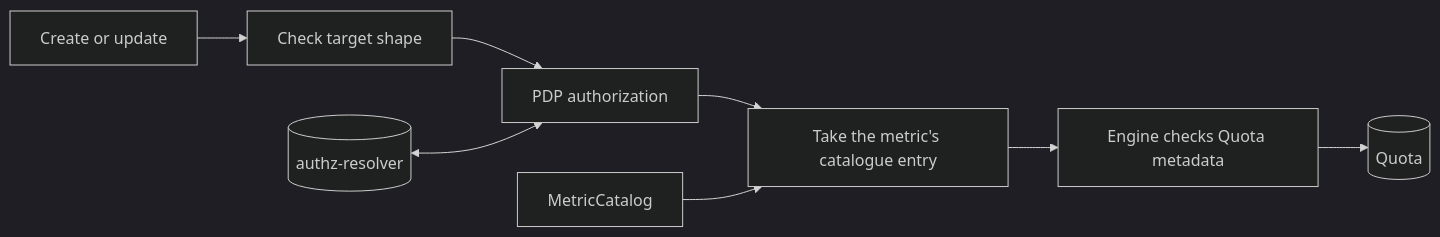
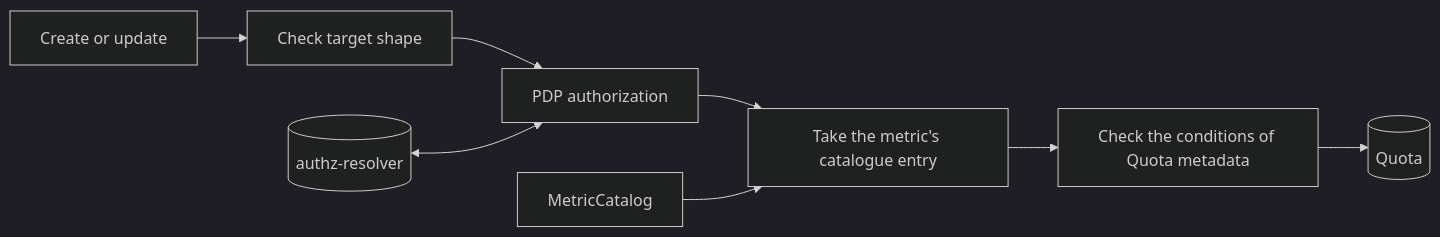
One commit to constructorfabric/gears-rust changed the fourth of 5 diagrams in gears/system/quota-enforcement/docs/GTS_PROJECTION_CONTRACT_FLOW.md. Above: the diagram before and after it, drawn with Mermaid (dark theme). The commit also changed other lines of this file and 285 other files, not shown here.

````diff
--- a/gears/system/quota-enforcement/docs/GTS_PROJECTION_CONTRACT_FLOW.md
+++ b/gears/system/quota-enforcement/docs/GTS_PROJECTION_CONTRACT_FLOW.md
@@ -88,10 +89,10 @@
 ```mermaid
 flowchart LR
     request["Create or update"] --> shape["Check target shape"]
     shape --> pdp["PDP authorization"]
     authz[("authz-resolver")] <--> pdp
     pdp --> entry["Take the metric's catalogue entry"]
     catalog["MetricCatalog"] --> entry
-    entry --> engine["Engine checks Quota metadata"]
-    engine --> quota[("Quota")]
+    entry --> conditions["Check the conditions of Quota metadata"]
+    conditions --> quota[("Quota")]
 ```
````
